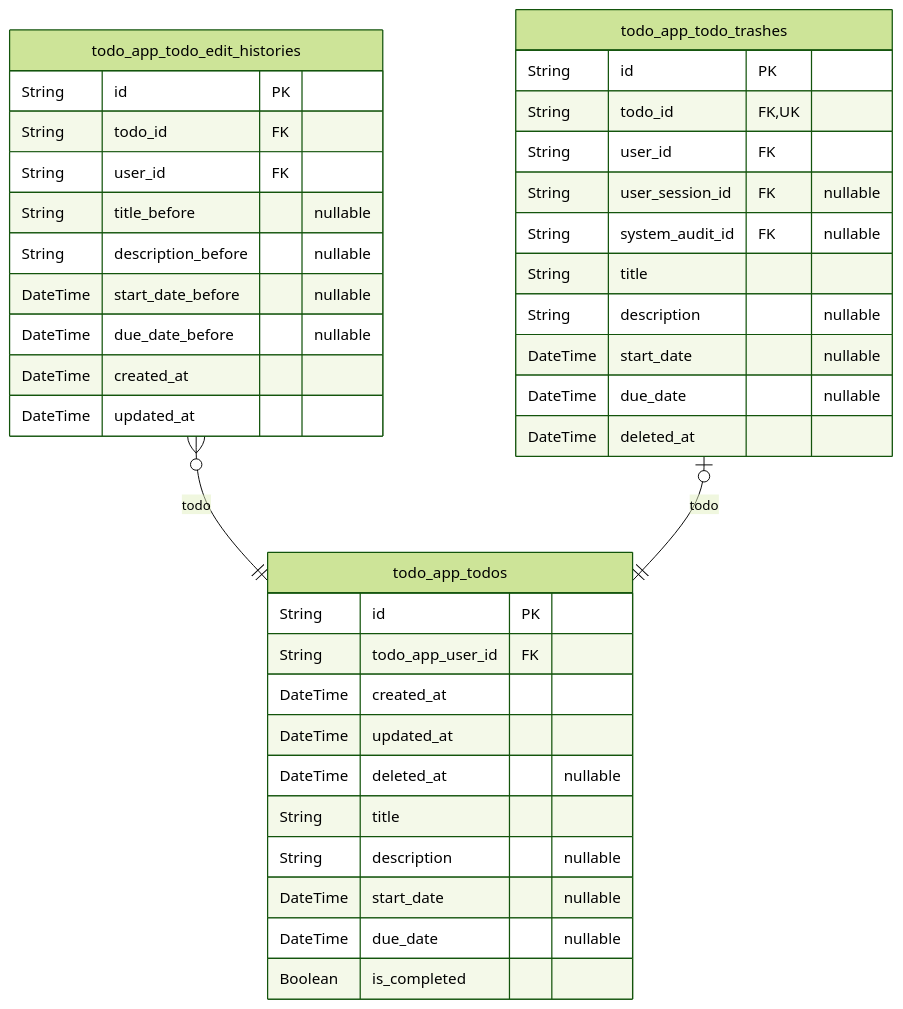
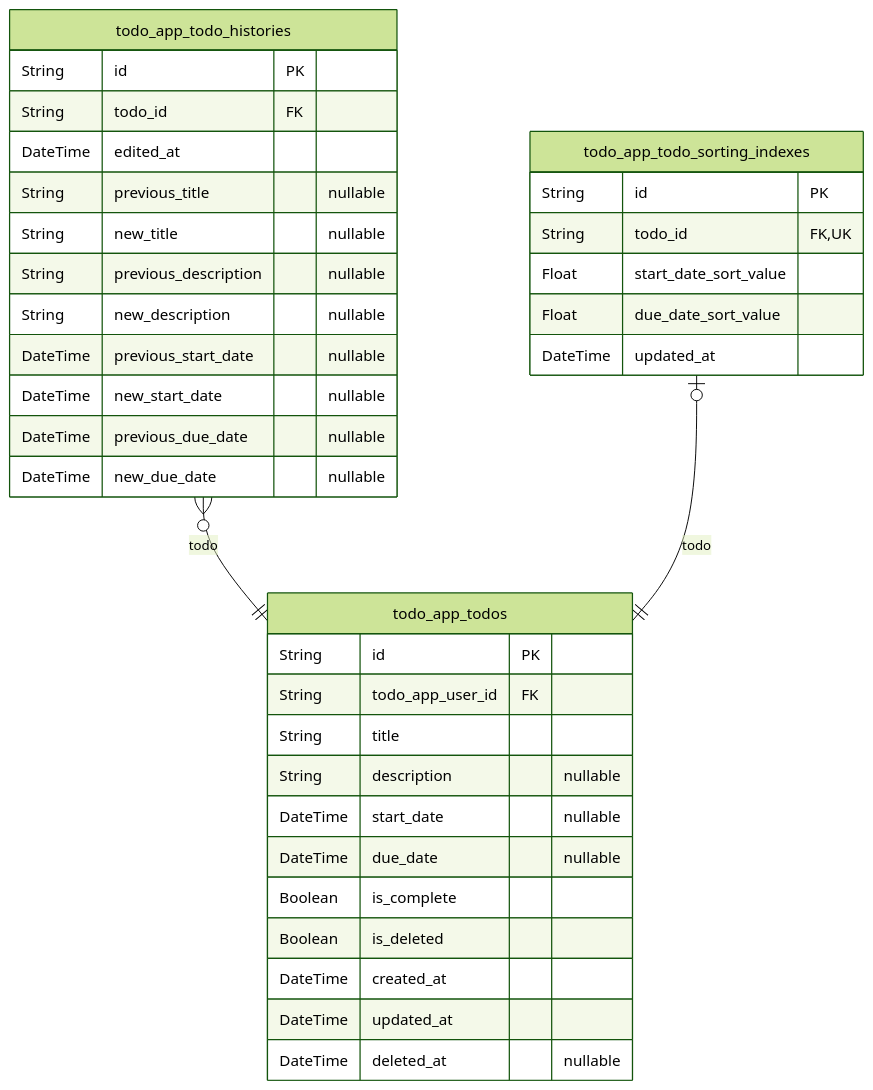
Before and after one commit to wrtnlabs/autobe-examples: the second of 2 diagrams in qwen/qwen3-coder-next/todo/docs/ERD.md, drawn with Mermaid (forest theme). The commit also changed other lines of this file and 25939 other files, not shown here.

````diff
--- a/qwen/qwen3-coder-next/todo/docs/ERD.md
+++ b/qwen/qwen3-coder-next/todo/docs/ERD.md
@@ -177,40 +107,38 @@
 ```mermaid
 erDiagram
 "todo_app_todos" {
   String id PK
   String todo_app_user_id FK
-  DateTime created_at
-  DateTime updated_at
-  DateTime deleted_at "nullable"
   String title
   String description "nullable"
   DateTime start_date "nullable"
   DateTime due_date "nullable"
-  Boolean is_completed
+  Boolean is_complete
+  Boolean is_deleted
+  DateTime created_at
+  DateTime updated_at
+  DateTime deleted_at "nullable"
 }
-"todo_app_todo_edit_histories" {
+"todo_app_todo_histories" {
   String id PK
   String todo_id FK
-  String user_id FK
-  String title_before "nullable"
-  String description_before "nullable"
-  DateTime start_date_before "nullable"
-  DateTime due_date_before "nullable"
-  DateTime created_at
+  DateTime edited_at
+  String previous_title "nullable"
+  String new_title "nullable"
+  String previous_description "nullable"
+  String new_description "nullable"
+  DateTime previous_start_date "nullable"
+  DateTime new_start_date "nullable"
+  DateTime previous_due_date "nullable"
+  DateTime new_due_date "nullable"
+}
+"todo_app_todo_sorting_indexes" {
+  String id PK
+  String todo_id FK,UK
+  Float start_date_sort_value
+  Float due_date_sort_value
   DateTime updated_at
 }
-"todo_app_todo_trashes" {
-  String id PK
-  String todo_id FK,UK
-  String user_id FK
-  String user_session_id FK "nullable"
-  String system_audit_id FK "nullable"
-  String title
-  String description "nullable"
-  DateTime start_date "nullable"
-  DateTime due_date "nullable"
-  DateTime deleted_at
-}
-"todo_app_todo_edit_histories" }o--|| "todo_app_todos" : todo
-"todo_app_todo_trashes" |o--|| "todo_app_todos" : todo
+"todo_app_todo_histories" }o--|| "todo_app_todos" : todo
+"todo_app_todo_sorting_indexes" |o--|| "todo_app_todos" : todo
 ```
````
